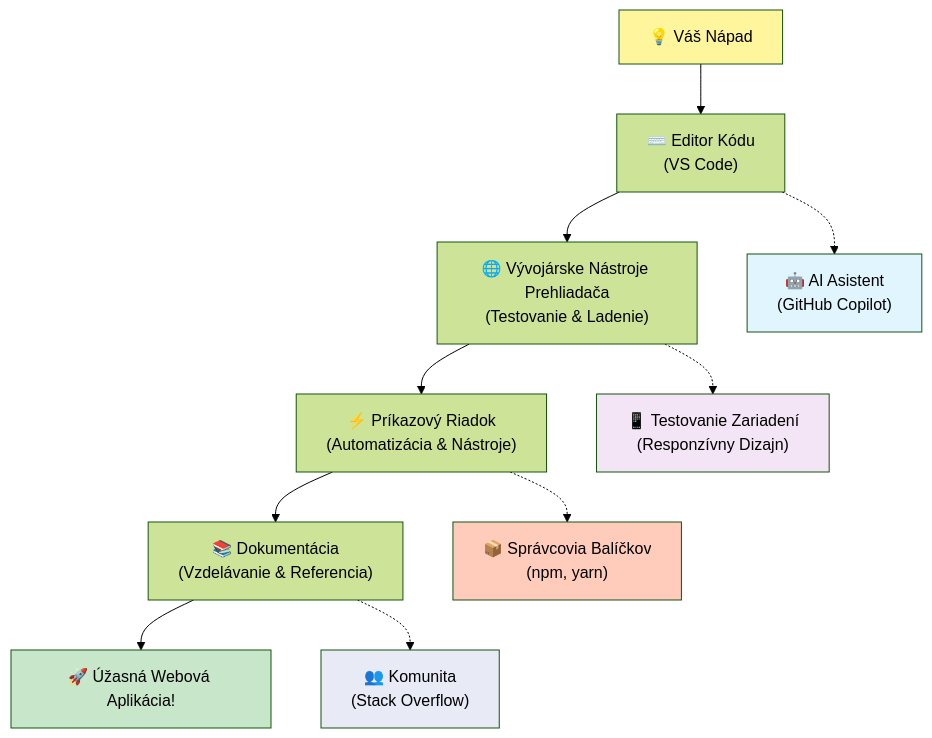
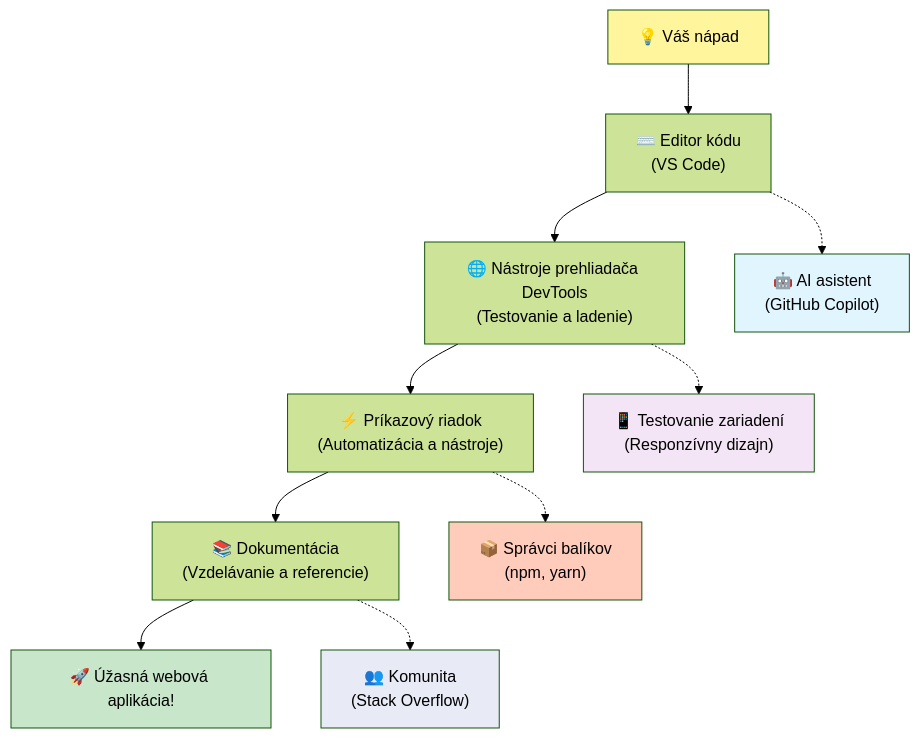
The fifth of 7 diagrams in translations/sk/1-getting-started-lessons/1-intro-to-programming-languages/README.md (microsoft/Web-Dev-For-Beginners), drawn with Mermaid (forest theme) before and after one commit. The commit also changed other lines of this file and 8 other files, not shown here.

````diff
--- a/translations/sk/1-getting-started-lessons/1-intro-to-programming-languages/README.md
+++ b/translations/sk/1-getting-started-lessons/1-intro-to-programming-languages/README.md
@@ -488,20 +488,20 @@
 ```mermaid
 graph TD
-    A["💡 Váš Nápad"] --> B["⌨️ Editor Kódu<br/>(VS Code)"] 
-    B --> C["🌐 Vývojárske Nástroje Prehliadača<br/>(Testovanie & Ladenie)"]
-    C --> D["⚡ Príkazový Riadok<br/>(Automatizácia & Nástroje)"]
-    D --> E["📚 Dokumentácia<br/>(Vzdelávanie & Referencia)"]
-    E --> F["🚀 Úžasná Webová Aplikácia!"]
+    A["💡 Váš nápad"] --> B["⌨️ Editor kódu<br/>(VS Code)"] 
+    B --> C["🌐 Nástroje prehliadača DevTools<br/>(Testovanie a ladenie)"]
+    C --> D["⚡ Príkazový riadok<br/>(Automatizácia a nástroje)"]
+    D --> E["📚 Dokumentácia<br/>(Vzdelávanie a referencie)"]
+    E --> F["🚀 Úžasná webová aplikácia!"]
     
-    B -.-> G["🤖 AI Asistent<br/>(GitHub Copilot)"]
-    C -.-> H["📱 Testovanie Zariadení<br/>(Responzívny Dizajn)"]
-    D -.-> I["📦 Správcovia Balíčkov<br/>(npm, yarn)"]
+    B -.-> G["🤖 AI asistent<br/>(GitHub Copilot)"]
+    C -.-> H["📱 Testovanie zariadení<br/>(Responzívny dizajn)"]
+    D -.-> I["📦 Správci balíkov<br/>(npm, yarn)"]
     E -.-> J["👥 Komunita<br/>(Stack Overflow)"]
     
     style A fill:#fff59d
     style F fill:#c8e6c9
     style G fill:#e1f5fe
     style H fill:#f3e5f5
     style I fill:#ffccbc
     style J fill:#e8eaf6
 ```
````
